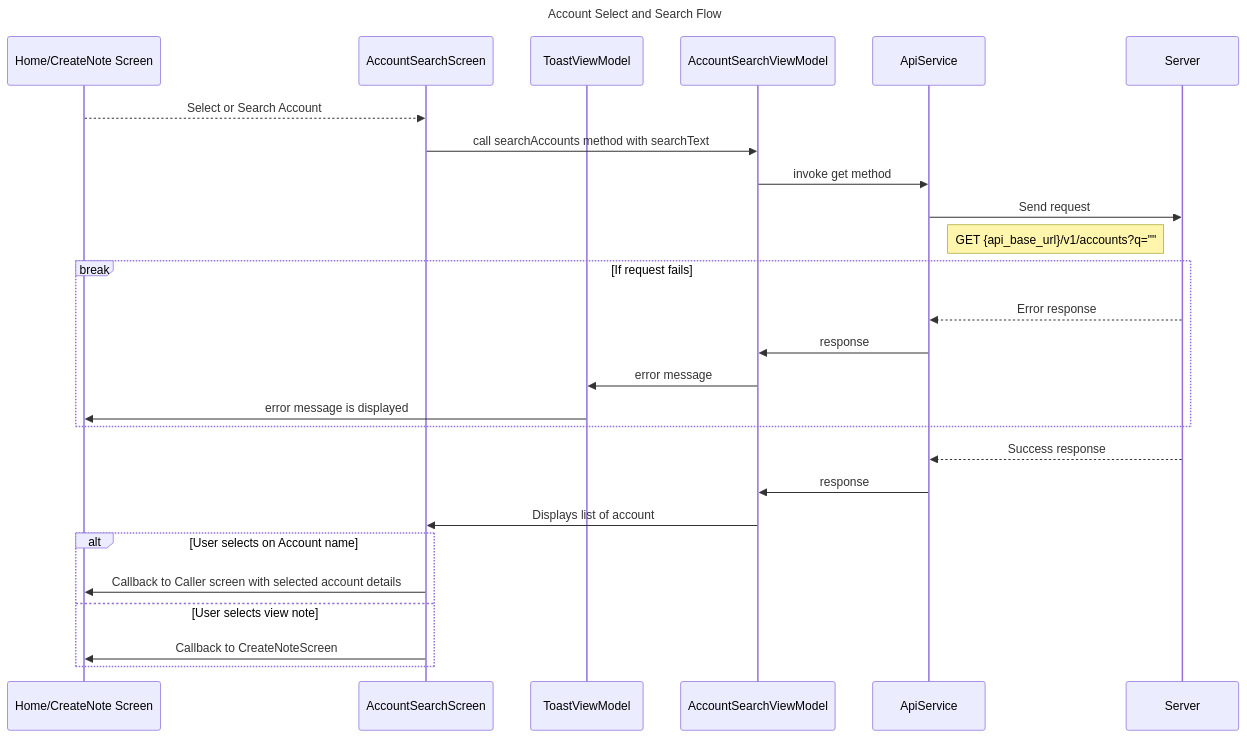
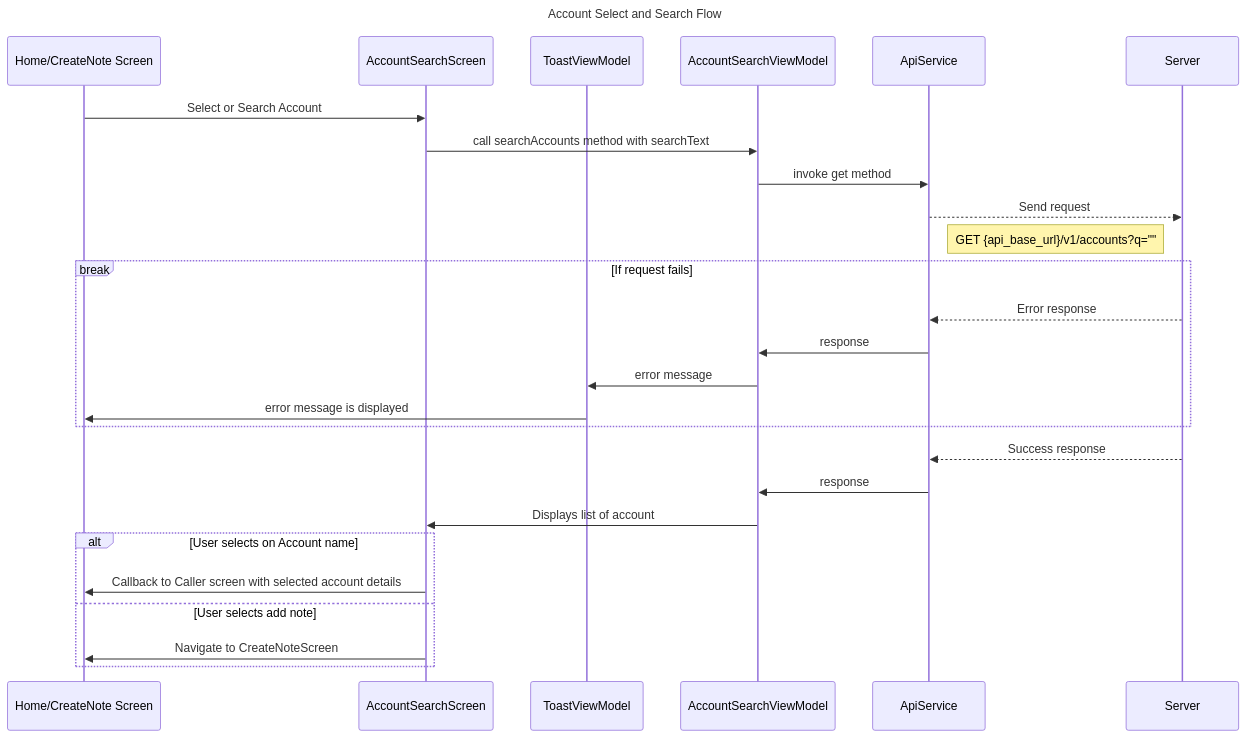
One commit to TrueSparrowSystems/AI-SalesSparrow-Docs changed the diagram in flowDiagrams/IOS/AccountSearchScreen.mermaid. Above: the diagram before and after it, drawn with Mermaid. The commit also changed 3 other files, not shown here.

```diff
--- a/flowDiagrams/IOS/AccountSearchScreen.mermaid
+++ b/flowDiagrams/IOS/AccountSearchScreen.mermaid
@@ -1,32 +1,32 @@
 sequenceDiagram
     title Account Select and Search Flow
 
     participant CS as Home/CreateNote Screen
     participant ASS as AccountSearchScreen
     participant TVM as ToastViewModel
     participant ASVM as AccountSearchViewModel
     participant AS as ApiService
     participant S as Server
 
-    CS-->>ASS: Select or Search Account
+    CS->>ASS: Select or Search Account
     ASS->>ASVM: call searchAccounts method with searchText
     ASVM->>AS: invoke get method
-    AS->>S: Send request
+    AS-->>S: Send request
     note right of AS: GET {api_base_url}/v1/accounts?q=""
 
     break If request fails
         S-->>AS: Error response
         AS->>ASVM: response
         ASVM->>TVM: error message
         TVM->>CS: error message is displayed
     end
     
     S-->>AS: Success response
     AS->>ASVM: response
     ASVM->>ASS: Displays list of account
     
     alt User selects on Account name
         ASS->>CS: Callback to Caller screen with selected account details
-    else User selects view note
-        ASS->>CS: Callback to CreateNoteScreen 
+    else User selects add note
+        ASS->>CS: Navigate to CreateNoteScreen
     end
```
